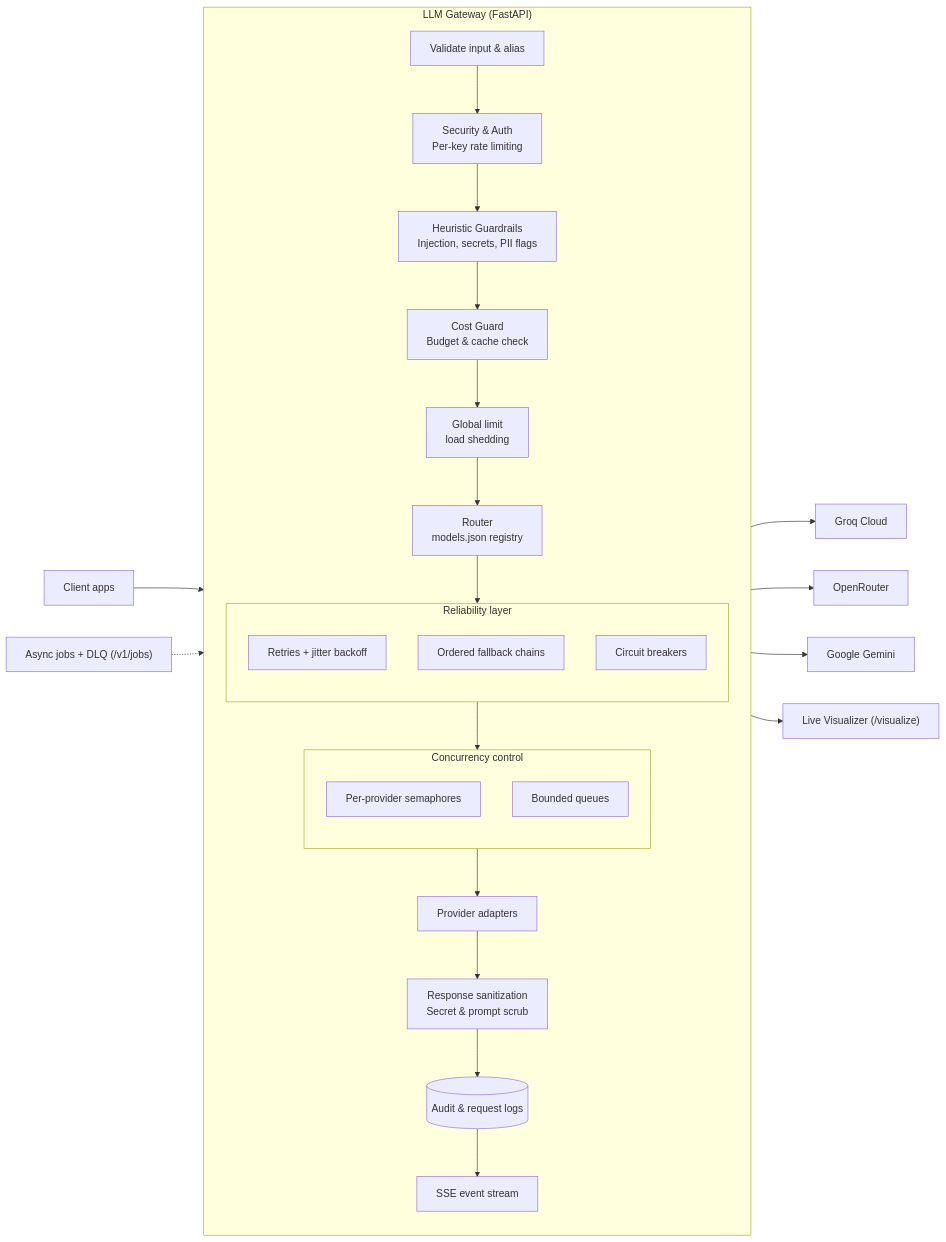
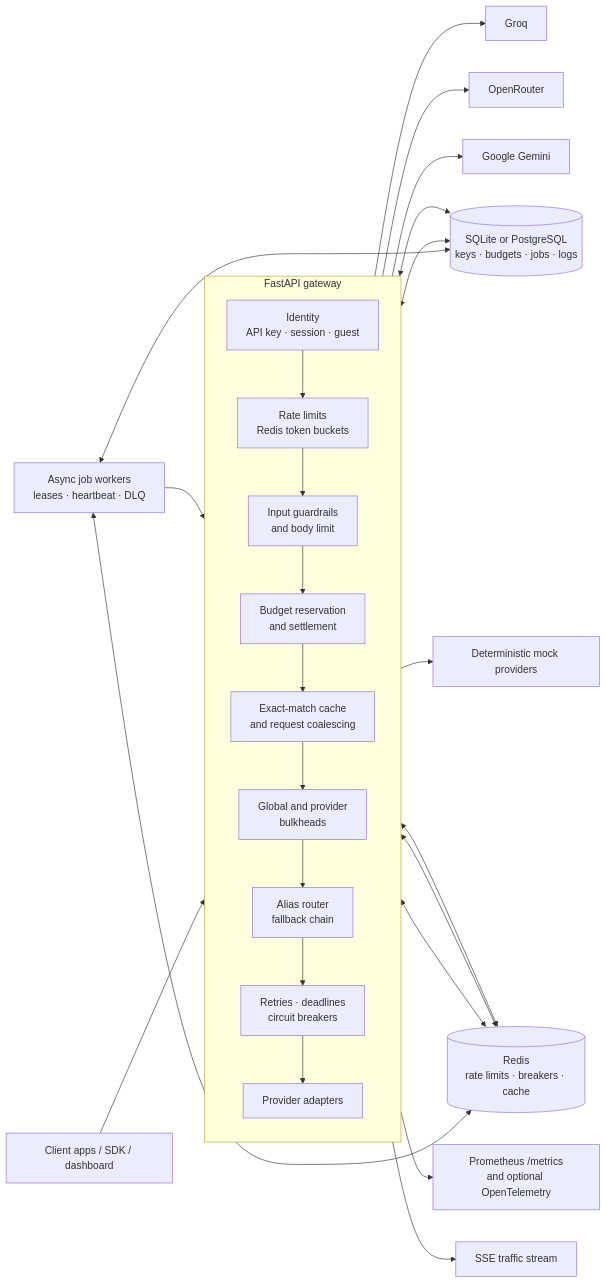
One commit to Tushar01yadav/LLM-Gateway changed the first of 2 diagrams in README.md. Above: the diagram before and after it, drawn with Mermaid. The commit also changed other lines of this file and 1 other file, not shown here.

````diff
--- a/README.md
+++ b/README.md
@@ -15,41 +82,40 @@
 ```mermaid
 flowchart LR
-    Client["Client apps"]
+    Client["Client apps / SDK / dashboard"]
 
-    subgraph GW["LLM Gateway (FastAPI)"]
+    subgraph Gateway["FastAPI gateway"]
         direction TB
-        V["Validate input & alias"]
-        SEC["Security & Auth<br/>Per-key rate limiting"]
-        GR["Heuristic Guardrails<br/>Injection, secrets, PII flags"]
-        CG["Cost Guard<br/>Budget & cache check"]
-        GL["Global limit<br/>load shedding"]
-        R["Router<br/>models.json registry"]
-        
-        subgraph REL["Reliability layer"]
-            direction TB
-            RT["Retries + jitter backoff"]
-            FB["Ordered fallback chains"]
-            CB["Circuit breakers"]
-        end
-        
-        subgraph CON["Concurrency control"]
-            direction TB
-            SEM["Per-provider semaphores"]
-            Q["Bounded queues"]
-        end
-        
-        AD["Provider adapters"]
-        SAN["Response sanitization<br/>Secret & prompt scrub"]
-        LOG[("Audit & request logs")]
-        EV["SSE event stream"]
+        Auth["Identity<br/>API key · session · guest"]
+        Limits["Rate limits<br/>Redis token buckets"]
+        Guard["Input guardrails<br/>and body limit"]
+        Budget["Budget reservation<br/>and settlement"]
+        Cache["Exact-match cache<br/>and request coalescing"]
+        Pools["Global and provider<br/>bulkheads"]
+        Router["Alias router<br/>fallback chain"]
+        Reliable["Retries · deadlines<br/>circuit breakers"]
+        Adapters["Provider adapters"]
     end
 
-    Client --> V --> SEC --> GR --> CG --> GL --> R --> REL --> CON --> AD
-    AD --> GROQ["Groq Cloud"]
-    AD --> OR["OpenRouter"]
-    AD --> GEM["Google Gemini"]
-    AD --> SAN --> LOG
-    LOG --> EV --> VIZ["Live Visualizer (/visualize)"]
+    Client --> Auth --> Limits --> Guard --> Budget --> Cache --> Pools --> Router --> Reliable --> Adapters
 
-    JOBS["Async jobs + DLQ (/v1/jobs)"] -.-> CON
+    Adapters --> Groq["Groq"]
+    Adapters --> OpenRouter["OpenRouter"]
+    Adapters --> Gemini["Google Gemini"]
+    Adapters --> Mock["Deterministic mock providers"]
+
+    DB[("SQLite or PostgreSQL<br/>keys · budgets · jobs · logs")]
+    Redis[("Redis<br/>rate limits · breakers · cache")]
+
+    Auth <--> DB
+    Budget <--> DB
+    Limits <--> Redis
+    Reliable <--> Redis
+    Cache <--> Redis
+
+    Jobs["Async job workers<br/>leases · heartbeat · DLQ"] <--> DB
+    Jobs <--> Redis
+    Jobs --> Reliable
+
+    Gateway --> Metrics["Prometheus /metrics<br/>and optional OpenTelemetry"]
+    Gateway --> SSE["SSE traffic stream"]
 ```
````
